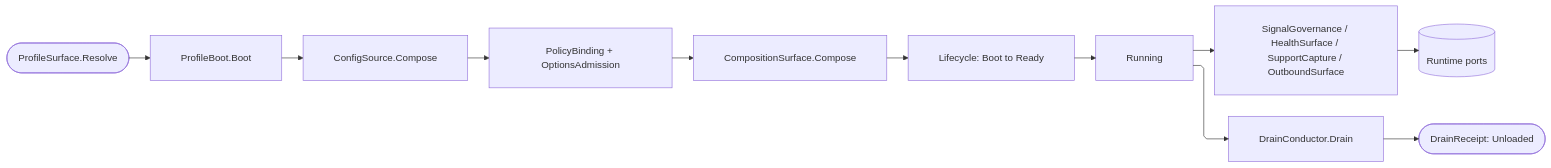
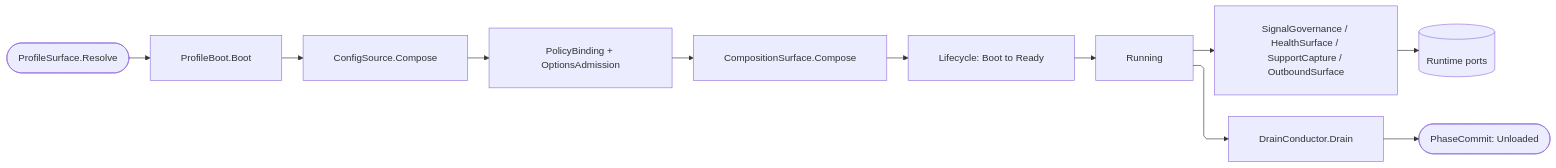
Before and after one commit to bsamiee/Rasm: the fourth of 4 diagrams in libs/dotnet/Rasm.AppHost/ARCHITECTURE.md, drawn with Mermaid. The commit also changed other lines of this file and 1417 other files, not shown here.

````diff
--- a/libs/dotnet/Rasm.AppHost/ARCHITECTURE.md
+++ b/libs/dotnet/Rasm.AppHost/ARCHITECTURE.md
@@ -233,22 +228,22 @@
 ```mermaid
 ---
 config:
   layout: elk
   flowchart:
     curve: linear
     padding: 25
 ---
 flowchart LR
     accTitle: AppHost boot-to-drain spine
-    accDescr: How profile resolution feeds boot and composition, and how the drain conductor folds participants into one unload receipt.
+    accDescr: How profile resolution feeds boot and composition, and how the drain conductor folds participants into one phase commit.
     Resolve(["ProfileSurface.Resolve"]) e1@--> Boot["ProfileBoot.Boot"]
     Boot e2@--> Compose["ConfigSource.Compose"]
     Compose e3@--> Admit["PolicyBinding + OptionsAdmission"]
     Admit e4@--> Fold["CompositionSurface.Compose"]
     Fold e5@--> Ready["Lifecycle: Boot to Ready"]
     Ready e6@--> Running["Running"]
     Running e7@--> Rails["SignalGovernance / HealthSurface / SupportCapture / OutboundSurface"]
     Rails e8@--> Ports[("Runtime ports")]
     Running e9@--> Drain["DrainConductor.Drain"]
-    Drain e10@--> Unloaded(["DrainReceipt: Unloaded"])
+    Drain e10@--> Unloaded(["PhaseCommit: Unloaded"])
 ```
````
